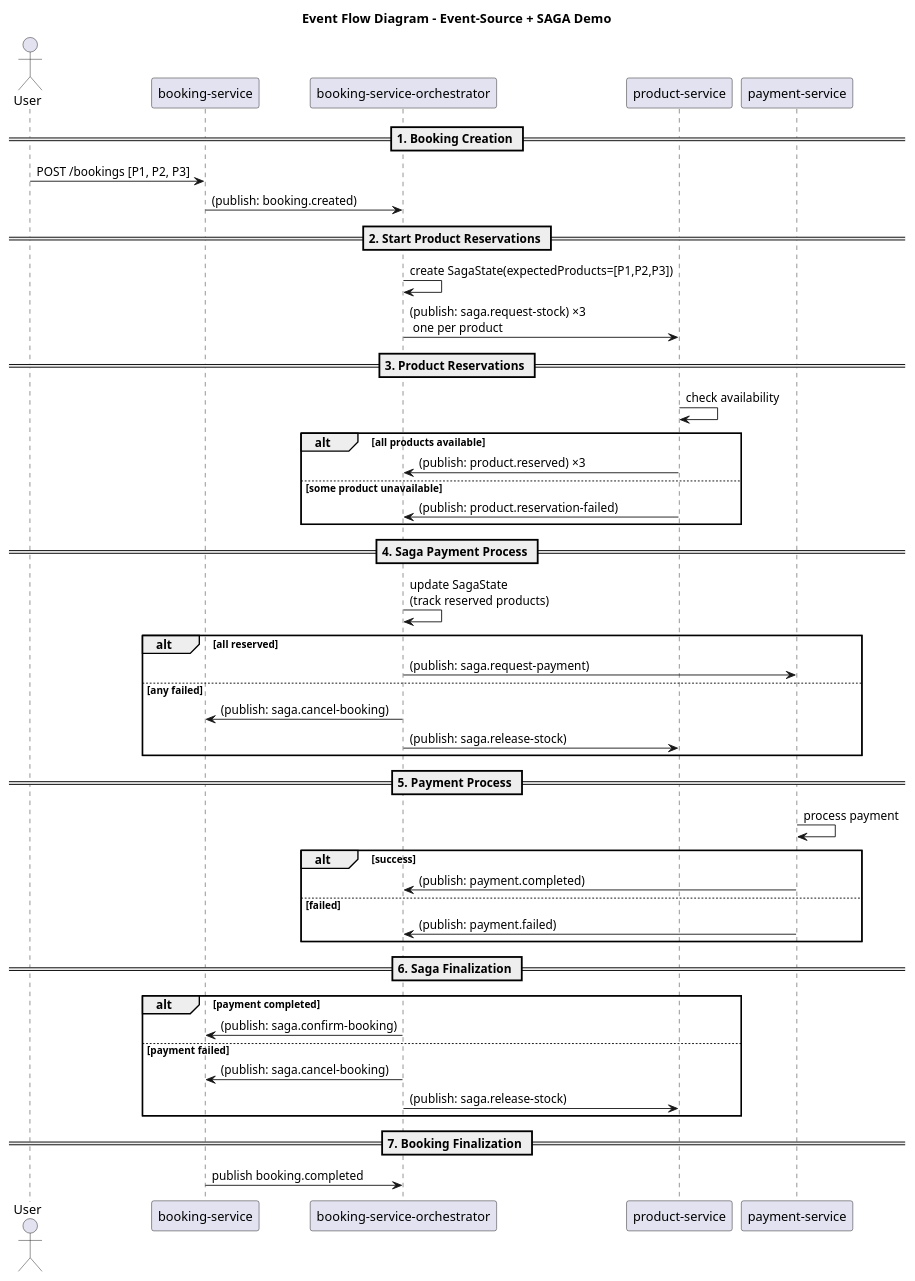
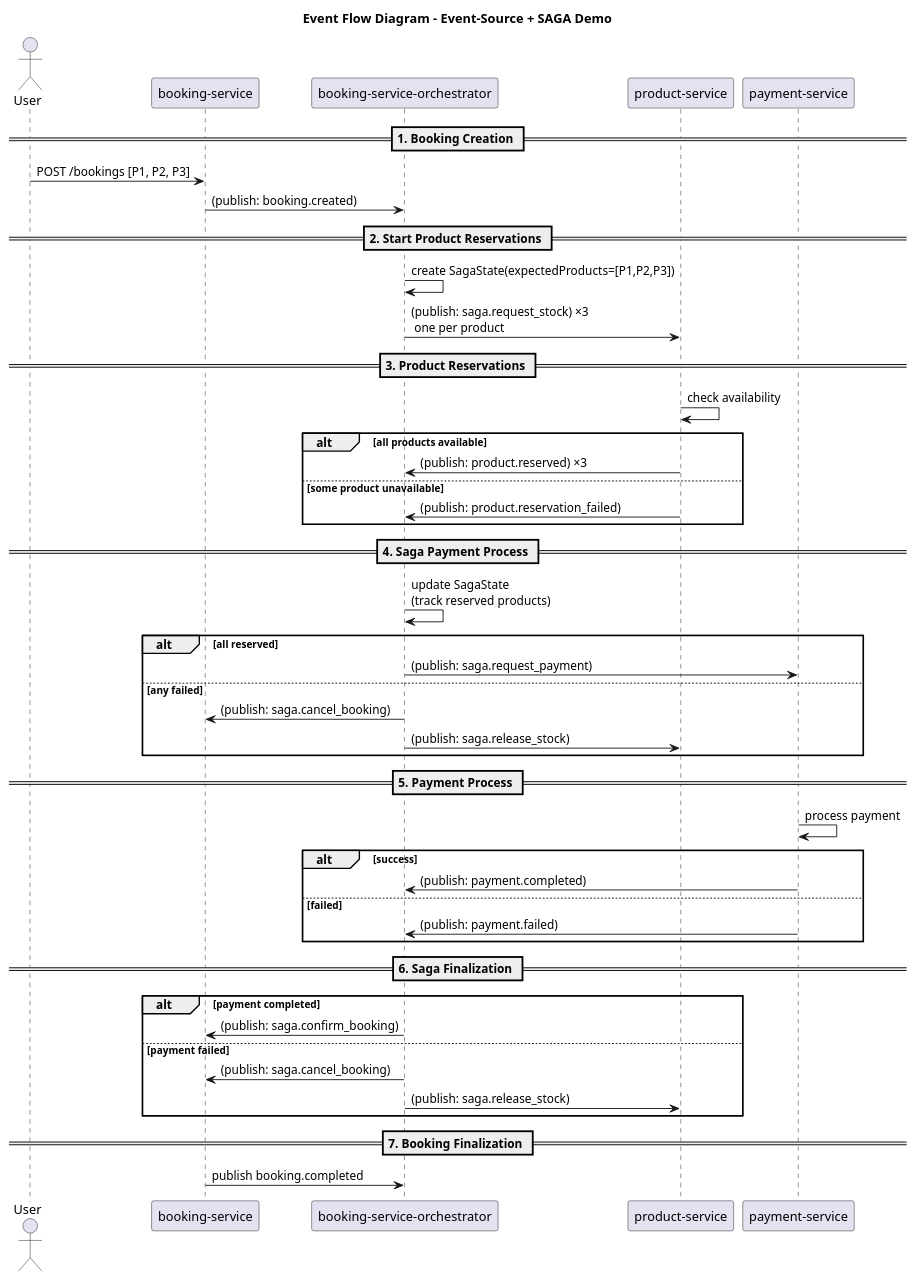
One commit to matiesmengo/event-sourcing-cqrs-demo changed the diagram in docs/SAGA-diagram.puml. Above: the diagram before and after it, drawn with PlantUML. The commit also changed 17 other files, not shown here.

```diff
--- a/docs/SAGA-diagram.puml
+++ b/docs/SAGA-diagram.puml
@@ -1,54 +1,54 @@
 @startuml
 title Event Flow Diagram - Event-Source + SAGA Demo
 
 actor User
 participant "booking-service" as Booking
 participant "booking-service-orchestrator" as Saga
 participant "product-service" as Product
 participant "payment-service" as Payment
 
 == 1. Booking Creation ==
 User -> Booking : POST /bookings [P1, P2, P3]
 Booking -> Saga : (publish: booking.created)
 
 == 2. Start Product Reservations ==
 Saga -> Saga : create SagaState(expectedProducts=[P1,P2,P3])
-Saga -> Product : (publish: saga.request-stock) ×3 \n one per product
+Saga -> Product : (publish: saga.request_stock) ×3 \n one per product
 
 == 3. Product Reservations ==
 Product -> Product : check availability
 alt all products available
     Product -> Saga : (publish: product.reserved) ×3
 else some product unavailable
-    Product -> Saga : (publish: product.reservation-failed)
+    Product -> Saga : (publish: product.reservation_failed)
 end
 
 == 4. Saga Payment Process ==
 Saga -> Saga : update SagaState\n(track reserved products)
 alt all reserved
-    Saga -> Payment : (publish: saga.request-payment)
+    Saga -> Payment : (publish: saga.request_payment)
 else any failed
-    Saga -> Booking : (publish: saga.cancel-booking)
-    Saga -> Product : (publish: saga.release-stock)
+    Saga -> Booking : (publish: saga.cancel_booking)
+    Saga -> Product : (publish: saga.release_stock)
 end
 
 == 5. Payment Process ==
 Payment -> Payment : process payment
 alt success
     Payment -> Saga : (publish: payment.completed)
 else failed
     Payment -> Saga : (publish: payment.failed)
 end
 
 == 6. Saga Finalization ==
 alt payment completed
-    Saga -> Booking : (publish: saga.confirm-booking)
+    Saga -> Booking : (publish: saga.confirm_booking)
 else payment failed
-    Saga -> Booking : (publish: saga.cancel-booking)
-    Saga -> Product : (publish: saga.release-stock)
+    Saga -> Booking : (publish: saga.cancel_booking)
+    Saga -> Product : (publish: saga.release_stock)
 end
 
 == 7. Booking Finalization ==
 Booking -> Saga : publish booking.completed
 
 @enduml
```
